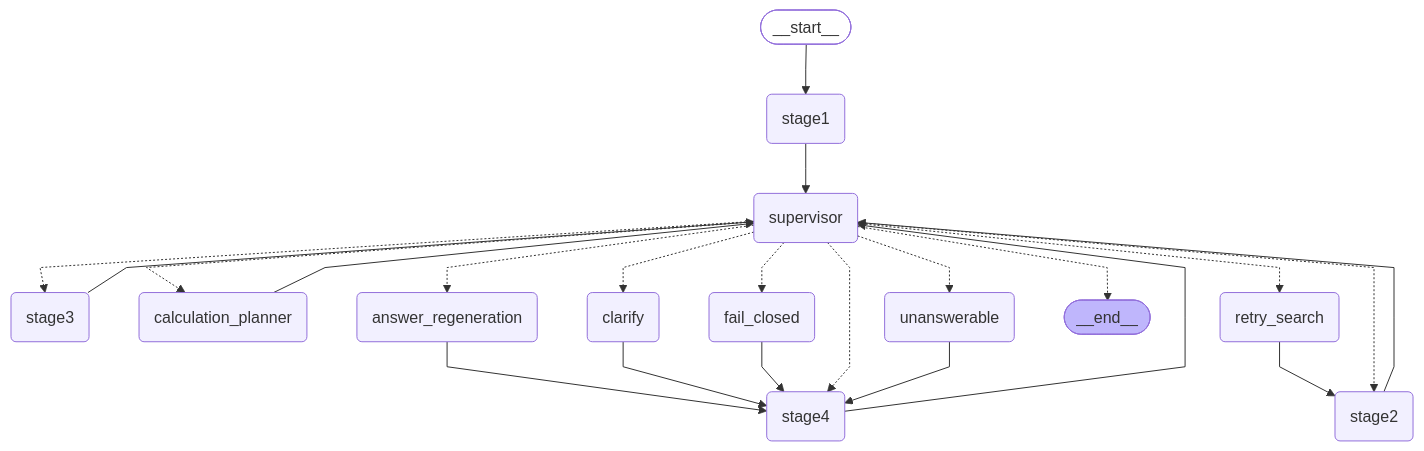
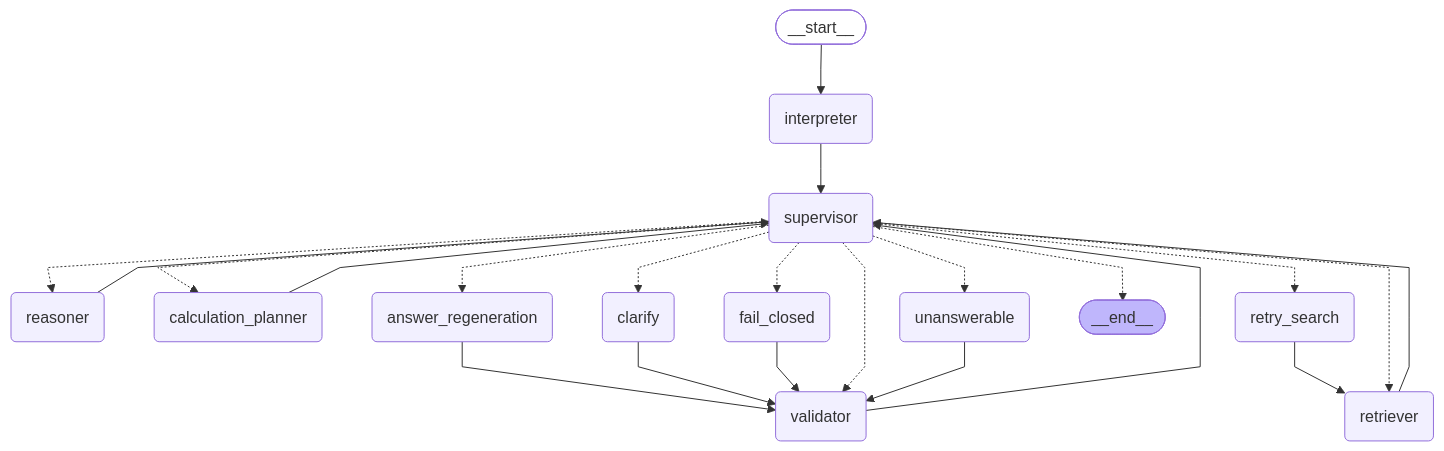
The diagram in integration/graph.mmd (Lee-D-S/miraeasset-aifestival10), drawn with Mermaid before and after one commit. The commit also changed 275 other files, not shown here.

First line of the commit message:
refactor: rename stage1..stage4 to interpreter/retriever/reasoner/validator

```diff
--- a/integration/graph.mmd
+++ b/integration/graph.mmd
@@ -1,43 +1,43 @@
 ---
 config:
   flowchart:
     curve: linear
 ---
 graph TD;
 	__start__([<p>__start__</p>]):::first
-	stage1(stage1)
-	stage2(stage2)
-	stage3(stage3)
-	stage4(stage4)
+	interpreter(interpreter)
+	retriever(retriever)
+	reasoner(reasoner)
+	validator(validator)
 	calculation_planner(calculation_planner)
 	retry_search(retry_search)
 	supervisor(supervisor)
 	answer_regeneration(answer_regeneration)
 	clarify(clarify)
 	unanswerable(unanswerable)
 	fail_closed(fail_closed)
 	__end__([<p>__end__</p>]):::last
-	__start__ --> stage1;
-	answer_regeneration --> stage4;
+	__start__ --> interpreter;
+	answer_regeneration --> validator;
 	calculation_planner --> supervisor;
-	clarify --> stage4;
-	fail_closed --> stage4;
-	retry_search --> stage2;
-	stage1 --> supervisor;
-	stage2 --> supervisor;
-	stage3 --> supervisor;
-	stage4 --> supervisor;
+	clarify --> validator;
+	fail_closed --> validator;
+	interpreter --> supervisor;
+	reasoner --> supervisor;
+	retriever --> supervisor;
+	retry_search --> retriever;
 	supervisor -.-> __end__;
 	supervisor -.-> answer_regeneration;
 	supervisor -.-> calculation_planner;
 	supervisor -.-> clarify;
 	supervisor -.-> fail_closed;
+	supervisor -.-> reasoner;
+	supervisor -.-> retriever;
 	supervisor -.-> retry_search;
-	supervisor -.-> stage2;
-	supervisor -.-> stage3;
-	supervisor -.-> stage4;
 	supervisor -.-> unanswerable;
-	unanswerable --> stage4;
+	supervisor -.-> validator;
+	unanswerable --> validator;
+	validator --> supervisor;
 	classDef default fill:#f2f0ff,line-height:1.2
 	classDef first fill-opacity:0
 	classDef last fill:#bfb6fc
```
